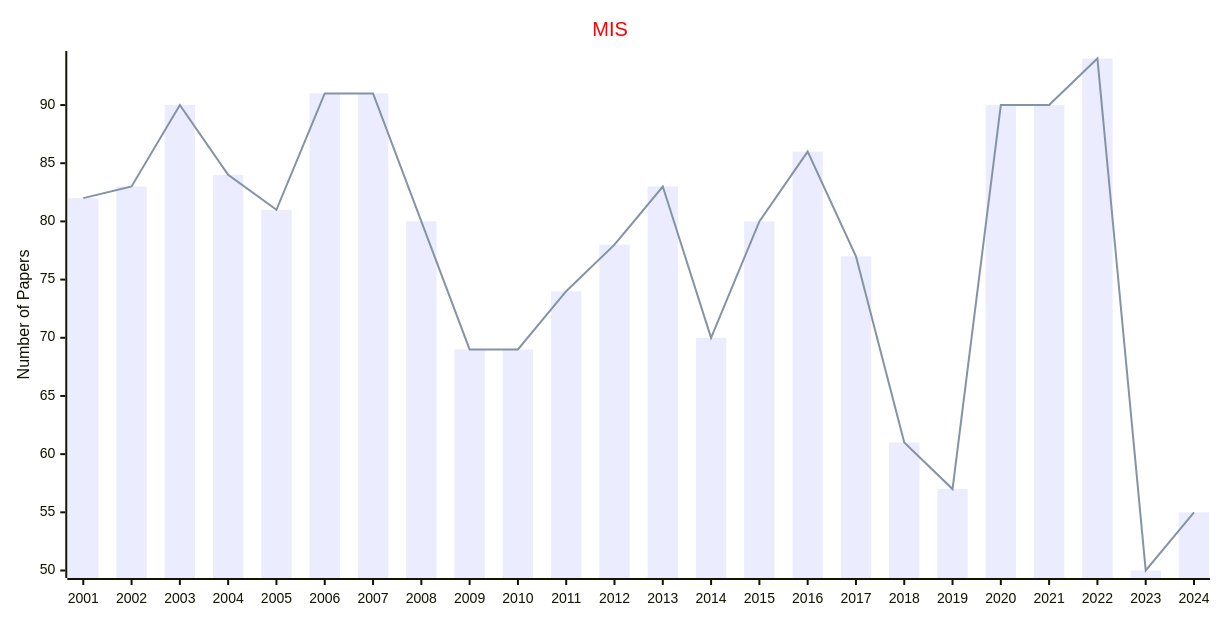
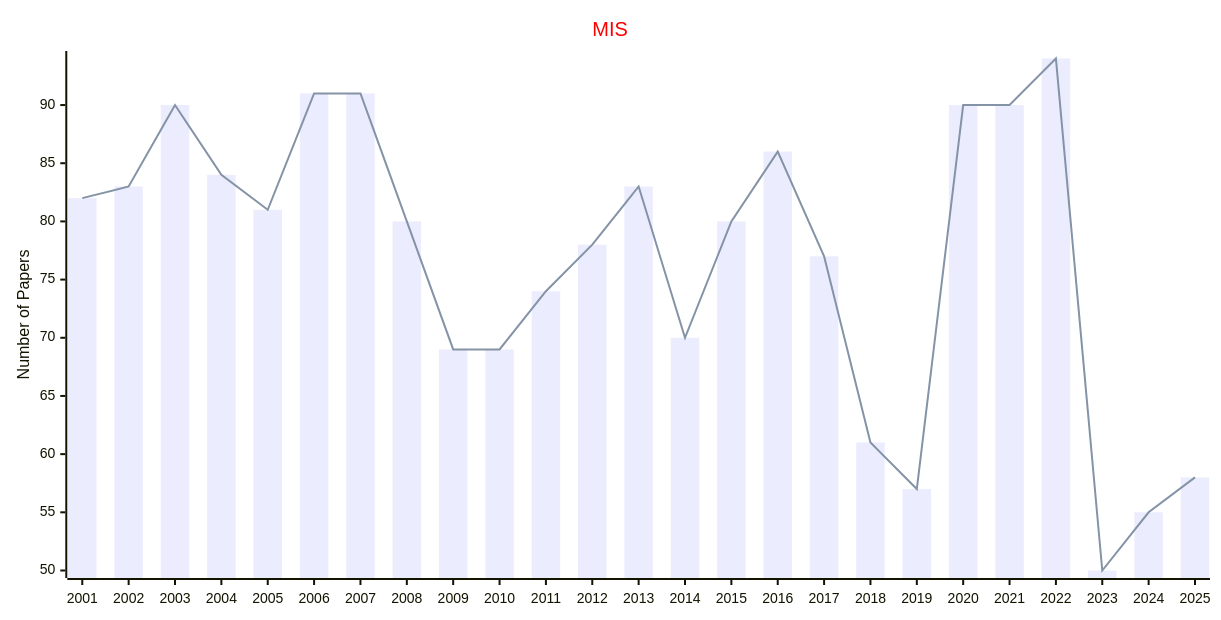
The third of 10 diagrams in docs/data/Journals/Statistics_Journals/Intelligent_Systems.md (Easy-PhD/AILinks), drawn with Mermaid before and after one commit. The commit also changed other lines of this file and 107 other files, not shown here.

````diff
--- a/docs/data/Journals/Statistics_Journals/Intelligent_Systems.md
+++ b/docs/data/Journals/Statistics_Journals/Intelligent_Systems.md
@@ -57,17 +57,17 @@
 ```mermaid
 ---
 config:
     xyChart:
         width: 1200
         height: 600
     themeVariables:
         xyChart:
             titleColor: "#ff0000"
 ---
 xychart-beta
     title "MIS"
-    x-axis [2001, 2002, 2003, 2004, 2005, 2006, 2007, 2008, 2009, 2010, 2011, 2012, 2013, 2014, 2015, 2016, 2017, 2018, 2019, 2020, 2021, 2022, 2023, 2024]
+    x-axis [2001, 2002, 2003, 2004, 2005, 2006, 2007, 2008, 2009, 2010, 2011, 2012, 2013, 2014, 2015, 2016, 2017, 2018, 2019, 2020, 2021, 2022, 2023, 2024, 2025]
     y-axis "Number of Papers"
-    bar [82, 83, 90, 84, 81, 91, 91, 80, 69, 69, 74, 78, 83, 70, 80, 86, 77, 61, 57, 90, 90, 94, 50, 55]
-    line [82, 83, 90, 84, 81, 91, 91, 80, 69, 69, 74, 78, 83, 70, 80, 86, 77, 61, 57, 90, 90, 94, 50, 55]
+    bar [82, 83, 90, 84, 81, 91, 91, 80, 69, 69, 74, 78, 83, 70, 80, 86, 77, 61, 57, 90, 90, 94, 50, 55, 58]
+    line [82, 83, 90, 84, 81, 91, 91, 80, 69, 69, 74, 78, 83, 70, 80, 86, 77, 61, 57, 90, 90, 94, 50, 55, 58]
 ```
````
